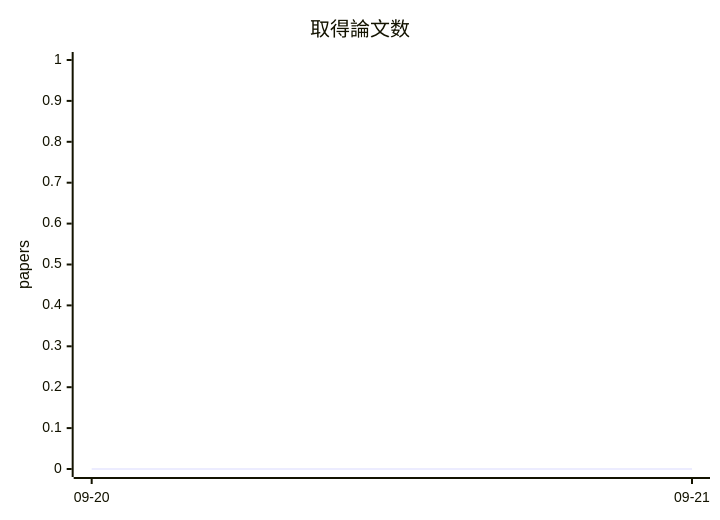
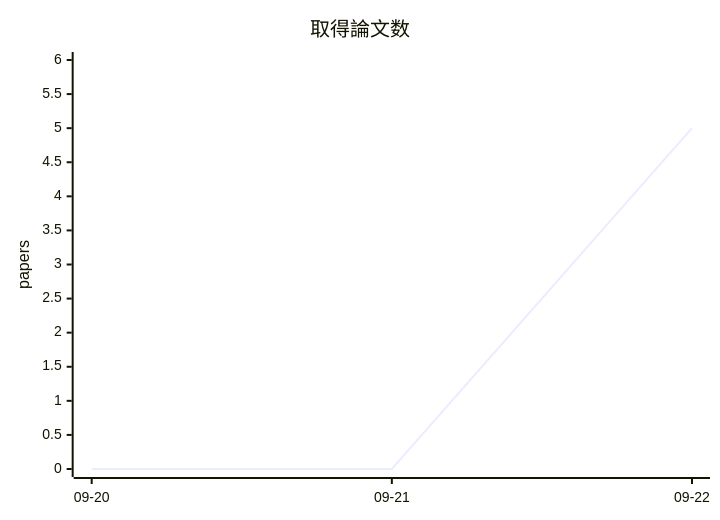
One commit to uzak0209/AI-Research changed the diagram in docs/metrics-trend.md. Above: the diagram before and after it, drawn with Mermaid. The commit also changed other lines of this file and 1 other file, not shown here.

````diff
--- a/docs/metrics-trend.md
+++ b/docs/metrics-trend.md
@@ -52,7 +52,7 @@
 ```mermaid
 xychart-beta
     title "取得論文数"
-    x-axis ["09-20", "09-21"]
-    y-axis "papers" 0 --> 1
-    line [0, 0]
+    x-axis ["09-20", "09-21", "09-22"]
+    y-axis "papers" 0 --> 6
+    line [0, 0, 5]
 ```
````
